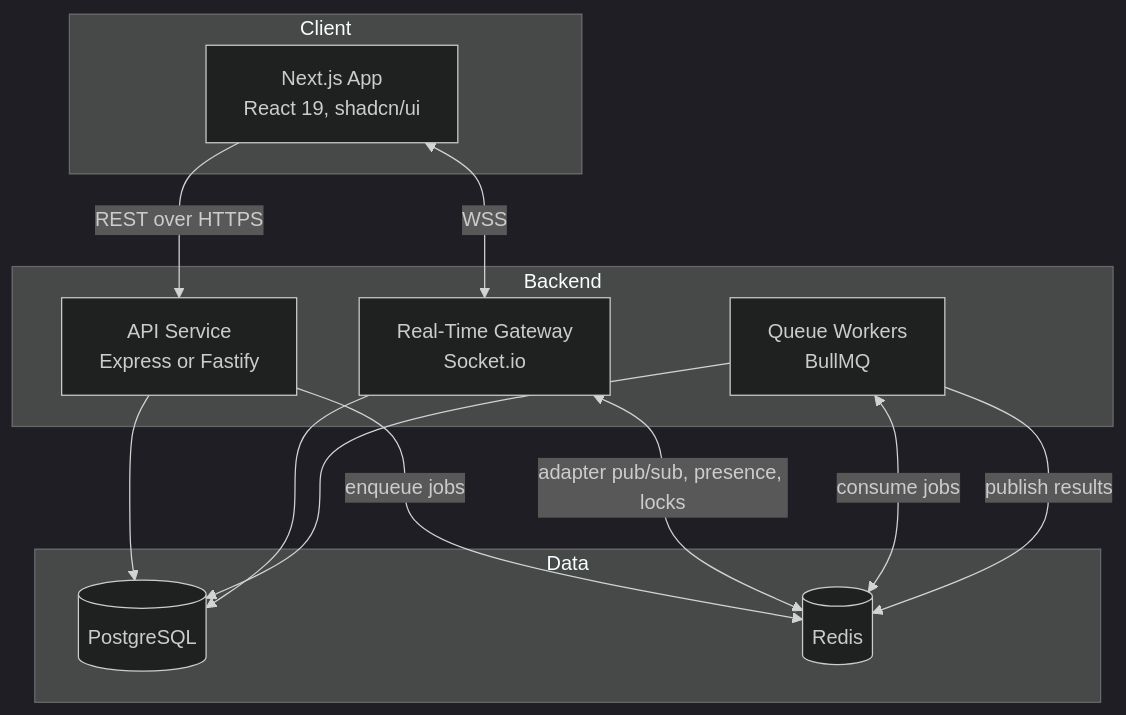
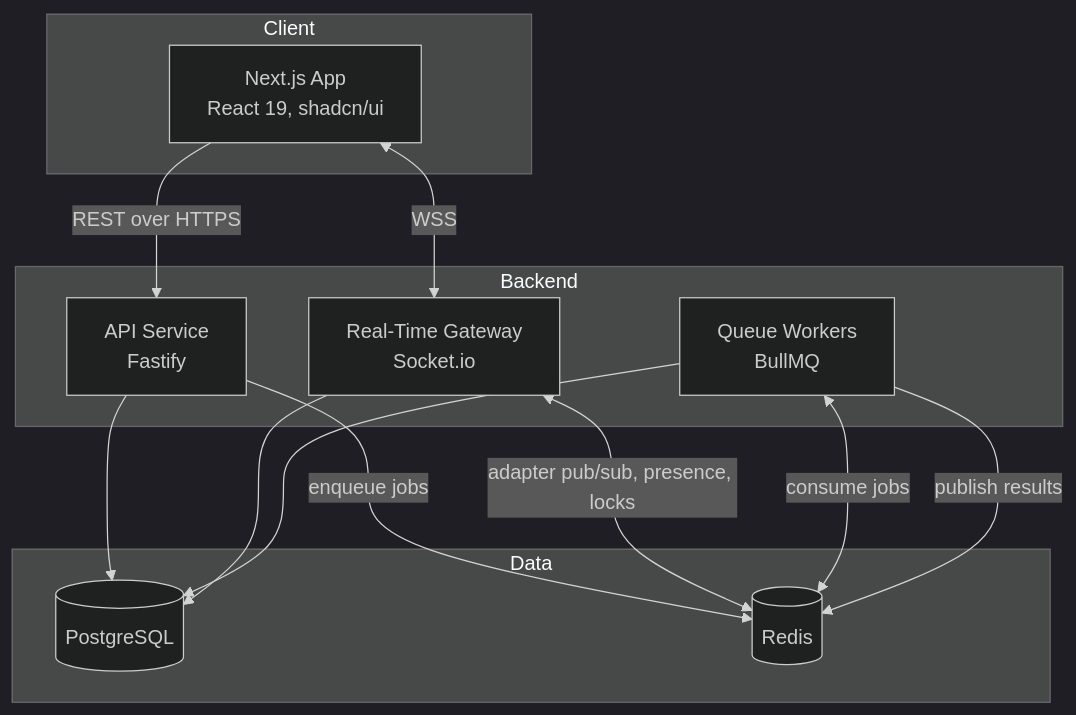
The second of 4 diagrams in docs/technical-architecture.md (asadw1/kanban-workflow-suite), drawn with Mermaid (dark theme) before and after one commit. The commit also changed other lines of this file and 2 other files, not shown here.

First line of the commit message:
Record Fastify and Vitest decisions and update roadmap progress

````diff
--- a/docs/technical-architecture.md
+++ b/docs/technical-architecture.md
@@ -116,27 +116,27 @@
 ```mermaid
 flowchart TB
     subgraph Client
         Web[Next.js App<br/>React 19, shadcn/ui]
     end
 
     subgraph Backend
-        API[API Service<br/>Express or Fastify]
+        API[API Service<br/>Fastify]
         WS[Real-Time Gateway<br/>Socket.io]
         Worker[Queue Workers<br/>BullMQ]
     end
 
     subgraph Data
         PG[(PostgreSQL)]
         Redis[(Redis)]
     end
 
     Web -->|REST over HTTPS| API
     Web <-->|WSS| WS
     API --> PG
     WS --> PG
     Worker --> PG
     API -->|enqueue jobs| Redis
     WS <-->|adapter pub/sub, presence, locks| Redis
     Worker <-->|consume jobs| Redis
     Worker -->|publish results| Redis
 ```
````
